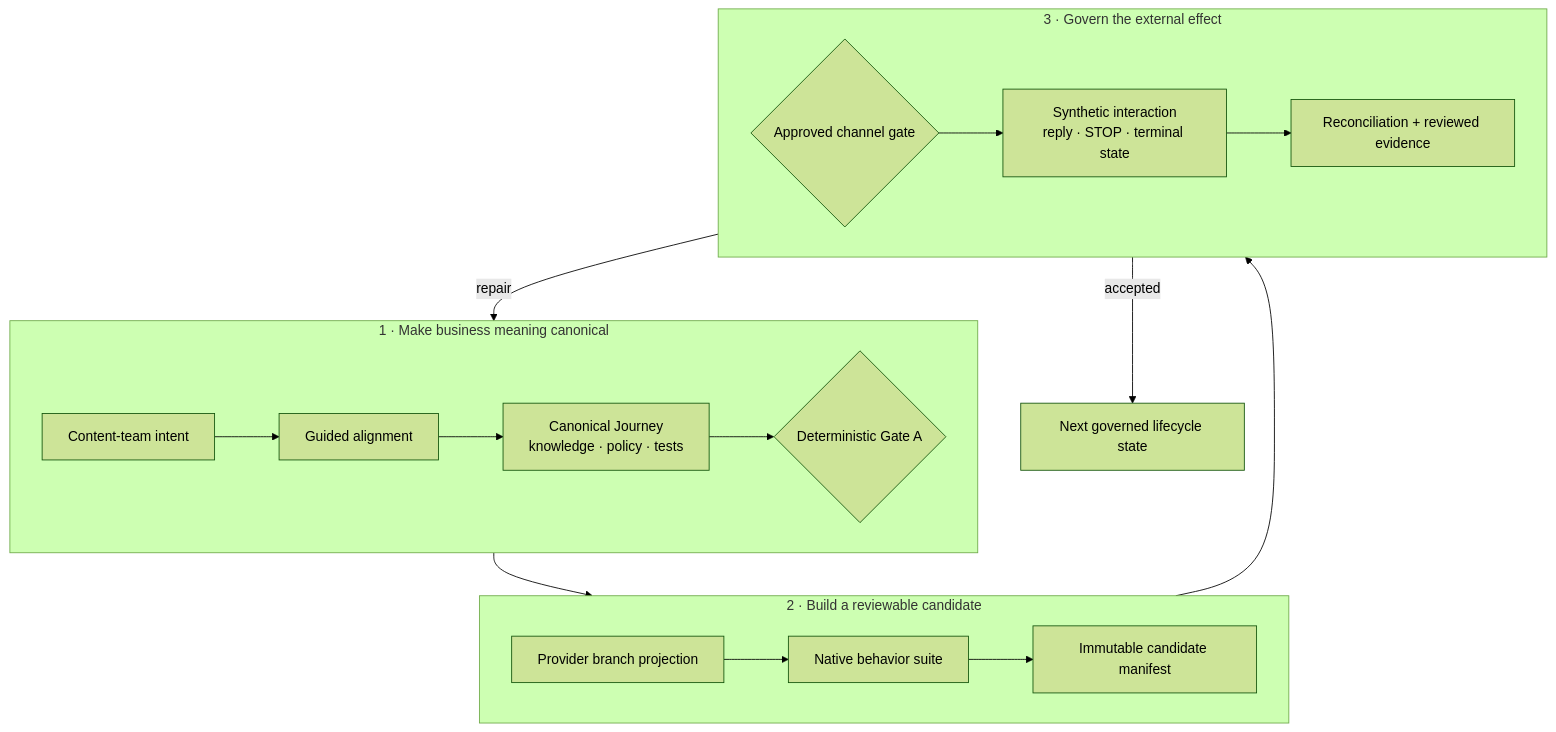
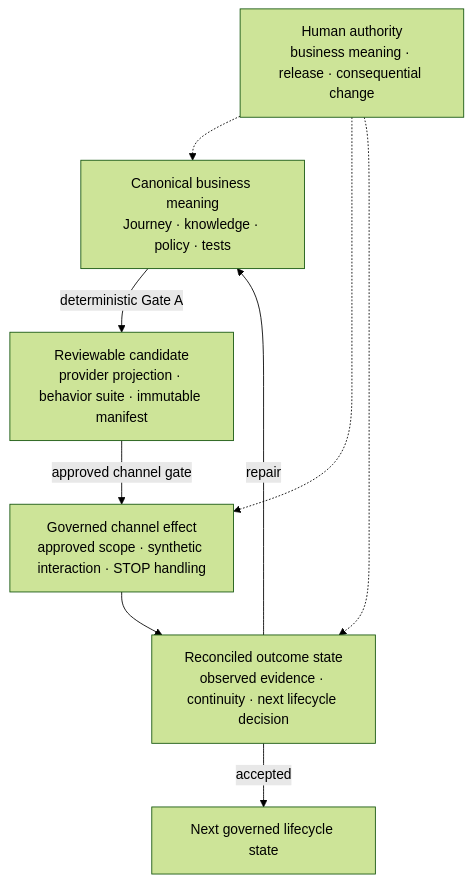
The sixth of 6 diagrams in docs/case-studies/narrow-success-broad-failure.md (yiwei79/root-azoth), drawn with Mermaid (forest theme) before and after one commit. The commit also changed other lines of this file and 4 other files, not shown here.

````diff
--- a/docs/case-studies/narrow-success-broad-failure.md
+++ b/docs/case-studies/narrow-success-broad-failure.md
@@ -328,26 +335,18 @@
 ```mermaid
 flowchart TB
-    subgraph M["1 · Make business meaning canonical"]
-        direction LR
-        A["Content-team intent"] --> B["Guided alignment"]
-        B --> C["Canonical Journey<br/>knowledge · policy · tests"]
-        C --> D{"Deterministic Gate A"}
-    end
+    M["Canonical business meaning<br/>Journey · knowledge · policy · tests"]
+    C["Reviewable candidate<br/>provider projection · behavior suite · immutable manifest"]
+    E["Governed channel effect<br/>approved scope · synthetic interaction · STOP handling"]
+    R["Reconciled outcome state<br/>observed evidence · continuity · next lifecycle decision"]
+    N["Next governed lifecycle state"]
+    H["Human authority<br/>business meaning · release · consequential change"]
 
-    subgraph CANDIDATE["2 · Build a reviewable candidate"]
-        direction LR
-        E["Provider branch projection"] --> F["Native behavior suite"]
-        F --> G["Immutable candidate manifest"]
-    end
-
-    subgraph EFFECT["3 · Govern the external effect"]
-        direction LR
-        H{"Approved channel gate"} --> I["Synthetic interaction<br/>reply · STOP · terminal state"]
-        I --> J["Reconciliation + reviewed evidence"]
-    end
-
-    D --> E
-    G --> H
-    J -->|repair| C
-    J -->|accepted| K["Next governed lifecycle state"]
+    M -->|deterministic Gate A| C
+    C -->|approved channel gate| E
+    E --> R
+    R -->|repair| M
+    R -->|accepted| N
+    H -.-> M
+    H -.-> E
+    H -.-> R
 ```
````
